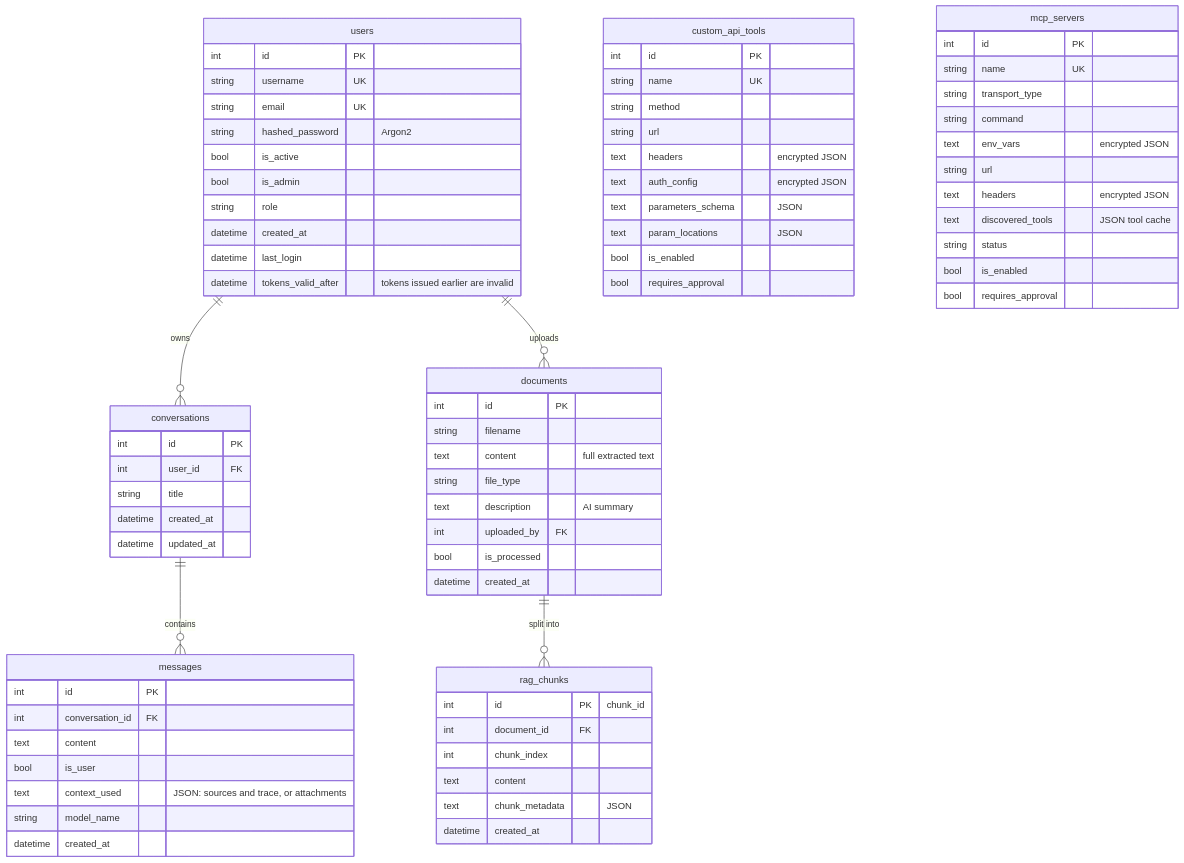
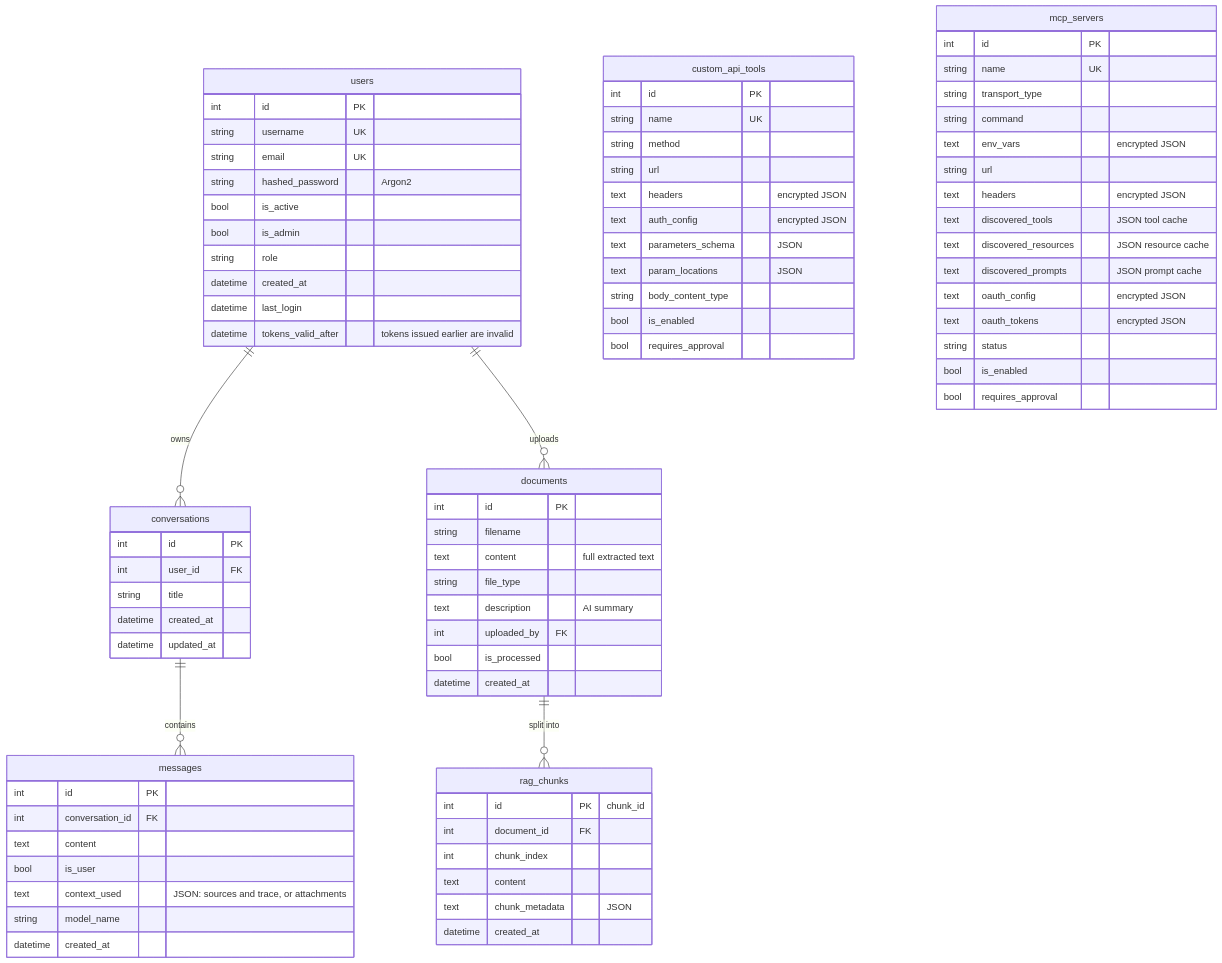
The third of 9 diagrams in docs/architecture_en.md (Scorpio-meow/AskMiao), drawn with Mermaid before and after one commit. The commit also changed other lines of this file and 50 other files, not shown here.

```diff
--- a/docs/architecture_en.md
+++ b/docs/architecture_en.md
@@ -201,6 +201,7 @@
         text auth_config "encrypted JSON"
         text parameters_schema "JSON"
         text param_locations "JSON"
+        string body_content_type
         bool is_enabled
         bool requires_approval
     }
@@ -213,6 +214,10 @@
         string url
         text headers "encrypted JSON"
         text discovered_tools "JSON tool cache"
+        text discovered_resources "JSON resource cache"
+        text discovered_prompts "JSON prompt cache"
+        text oauth_config "encrypted JSON"
+        text oauth_tokens "encrypted JSON"
         string status
         bool is_enabled
         bool requires_approval
```
